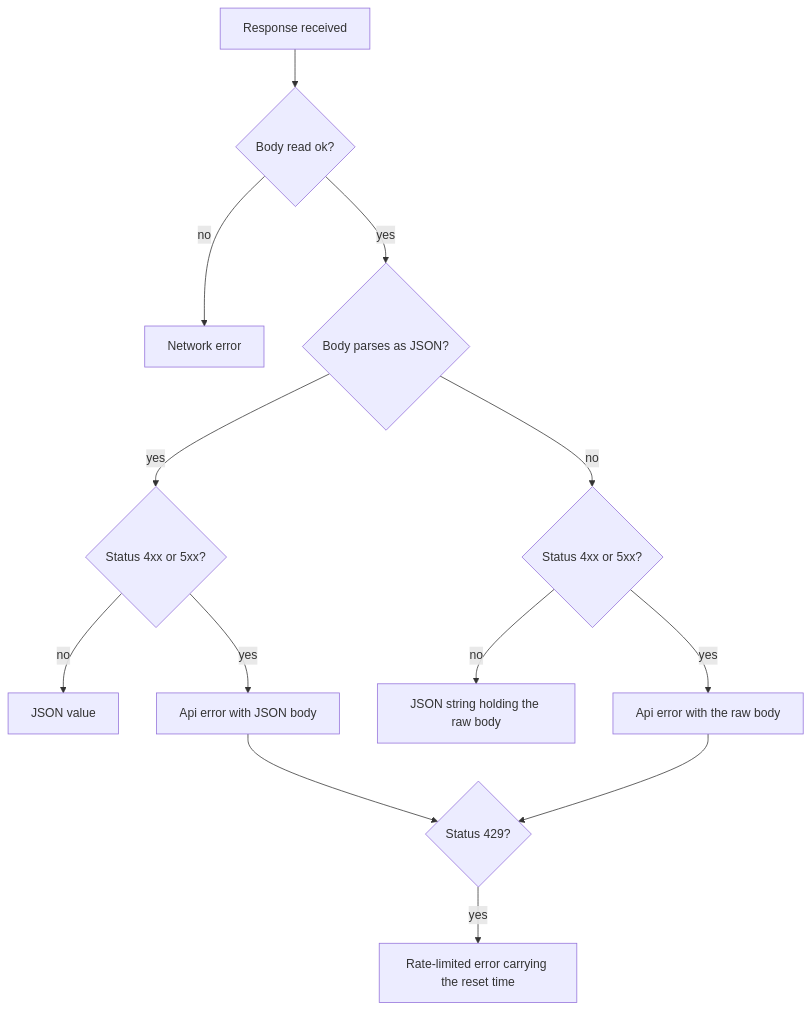
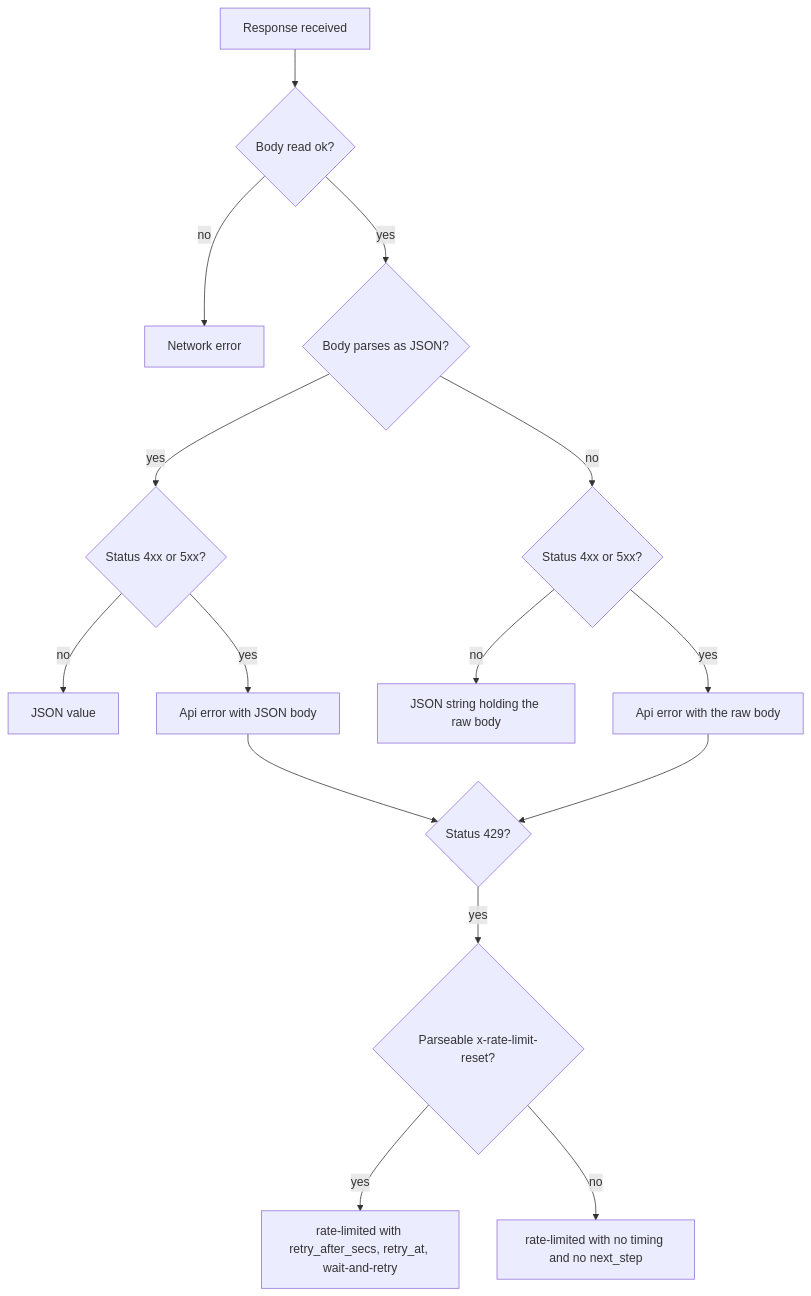
Before and after one commit to brettdavies/xurl-rs: the fourth of 5 diagrams in docs/plans/2026-10-05-2243-fix-public-review-follow-ups-plan.md, drawn with Mermaid. The commit also changed other lines of this file, not shown here.

````diff
--- a/docs/plans/2026-10-05-2243-fix-public-review-follow-ups-plan.md
+++ b/docs/plans/2026-10-05-2243-fix-public-review-follow-ups-plan.md
@@ -366,15 +369,17 @@
 ```mermaid
 flowchart TB
   R[Response received] --> B{Body read ok?}
   B -->|no| NE[Network error]
   B -->|yes| J{Body parses as JSON?}
   J -->|yes| S1{Status 4xx or 5xx?}
   J -->|no| S2{Status 4xx or 5xx?}
   S1 -->|no| OK1[JSON value]
   S1 -->|yes| E1[Api error with JSON body]
   S2 -->|no| OK2[JSON string holding the raw body]
   S2 -->|yes| E2[Api error with the raw body]
   E1 --> RL{Status 429?}
   E2 --> RL
-  RL -->|yes| RT[Rate-limited error carrying the reset time]
+  RL -->|yes| RH{Parseable x-rate-limit-reset?}
+  RH -->|yes| RT[rate-limited with retry_after_secs, retry_at, wait-and-retry]
+  RH -->|no| RN[rate-limited with no timing and no next_step]
 ```
````
